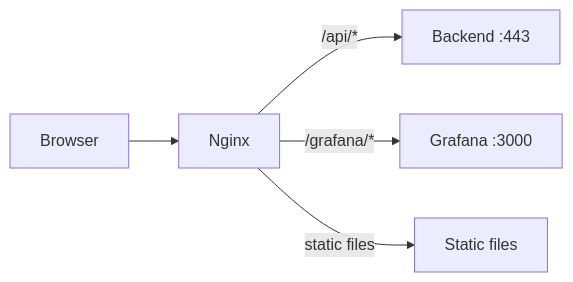
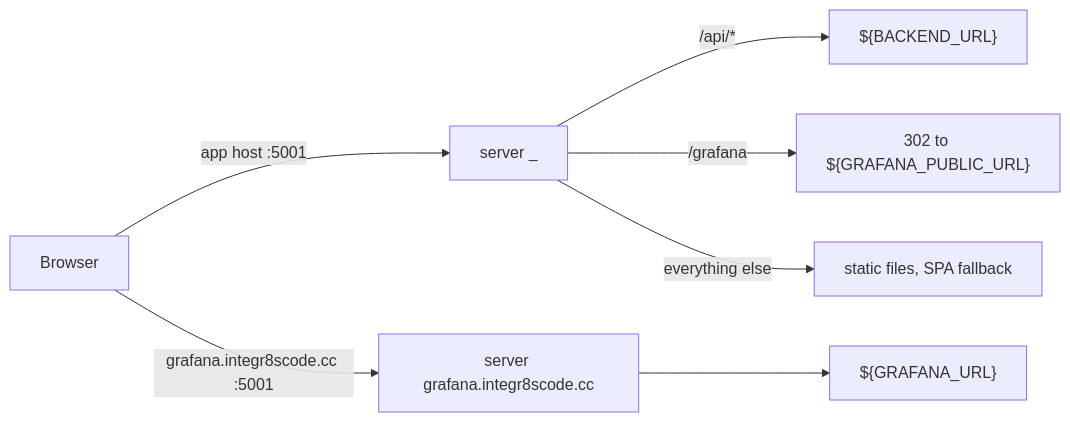
Before and after one commit to HardMax71/Integr8sCode: the diagram in docs/operations/nginx-configuration.md, drawn with Mermaid. The commit also changed other lines of this file and 304 other files, not shown here.

````diff
--- a/docs/operations/nginx-configuration.md
+++ b/docs/operations/nginx-configuration.md
@@ -8,7 +5,9 @@
 ```mermaid
 flowchart LR
-    Browser --> Nginx
-    Nginx -->|"/api/*"| Backend["Backend :443"]
-    Nginx -->|"/grafana/*"| Grafana["Grafana :3000"]
-    Nginx -->|"static files"| Static["Static files"]
+    Browser -->|"app host :5001"| App["server _"]
+    Browser -->|"grafana.integr8scode.cc :5001"| G["server grafana.integr8scode.cc"]
+    App -->|"/api/*"| Backend["${BACKEND_URL}"]
+    App -->|"/grafana"| Redirect["302 to ${GRAFANA_PUBLIC_URL}"]
+    App -->|"everything else"| Static["static files, SPA fallback"]
+    G --> Grafana["${GRAFANA_URL}"]
 ```
````
